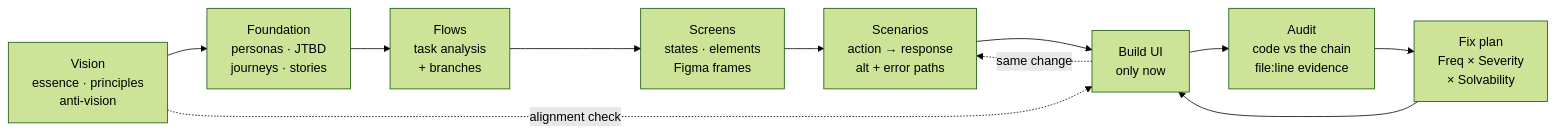
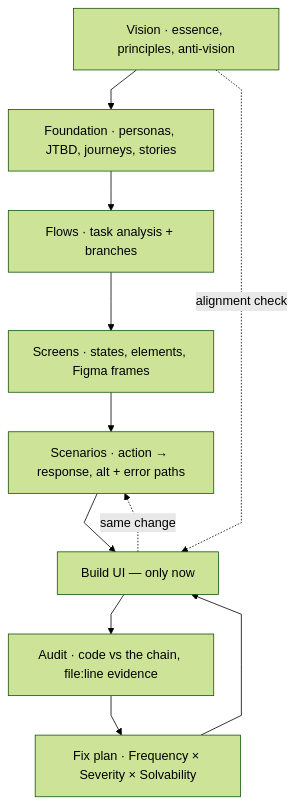
Before and after one commit to ssheleg/super-ux: the diagram in README.md, drawn with Mermaid (forest theme). The commit also changed other lines of this file, not shown here.

Commit message:
docs(readme): the chain diagram reads top to bottom, and cannot trip GitHub's renderer
Nine nodes in a row shrink to unreadable in a README column. The same chain runs
vertically now, and carries a linear-curve directive: GitHub's mermaid fails long
curved edges with 'could not find a suitable point for the given distance', and
the two dotted returns here are exactly that shape.

Rendered locally with the mermaid engine before and after. That proves the source
is valid; it does not prove GitHub's server-side renderer agrees, and the
directive is what makes the difference there.

````diff
--- a/README.md
+++ b/README.md
@@ -26,13 +26,17 @@
 ```mermaid
-flowchart LR
-    V["Vision<br/>essence · principles<br/>anti-vision"] --> F["Foundation<br/>personas · JTBD<br/>journeys · stories"]
-    F --> L["Flows<br/>task analysis<br/>+ branches"]
-    L --> S["Screens<br/>states · elements<br/>Figma frames"]
-    S --> C["Scenarios<br/>action → response<br/>alt + error paths"]
-    C --> B["Build UI<br/>only now"]
-    B --> A["Audit<br/>code vs the chain<br/>file:line evidence"]
-    A --> P["Fix plan<br/>Freq × Severity<br/>× Solvability"]
+%%{init: {'flowchart': {'curve': 'linear', 'useMaxWidth': true}}}%%
+flowchart TD
+    V["Vision · essence, principles, anti-vision"]
+    F["Foundation · personas, JTBD, journeys, stories"]
+    L["Flows · task analysis + branches"]
+    S["Screens · states, elements, Figma frames"]
+    C["Scenarios · action → response, alt + error paths"]
+    B["Build UI — only now"]
+    A["Audit · code vs the chain, file:line evidence"]
+    P["Fix plan · Frequency × Severity × Solvability"]
+
+    V --> F --> L --> S --> C --> B --> A --> P
     P --> B
     B -.->|same change| C
     V -.->|alignment check| B
 ```
````
